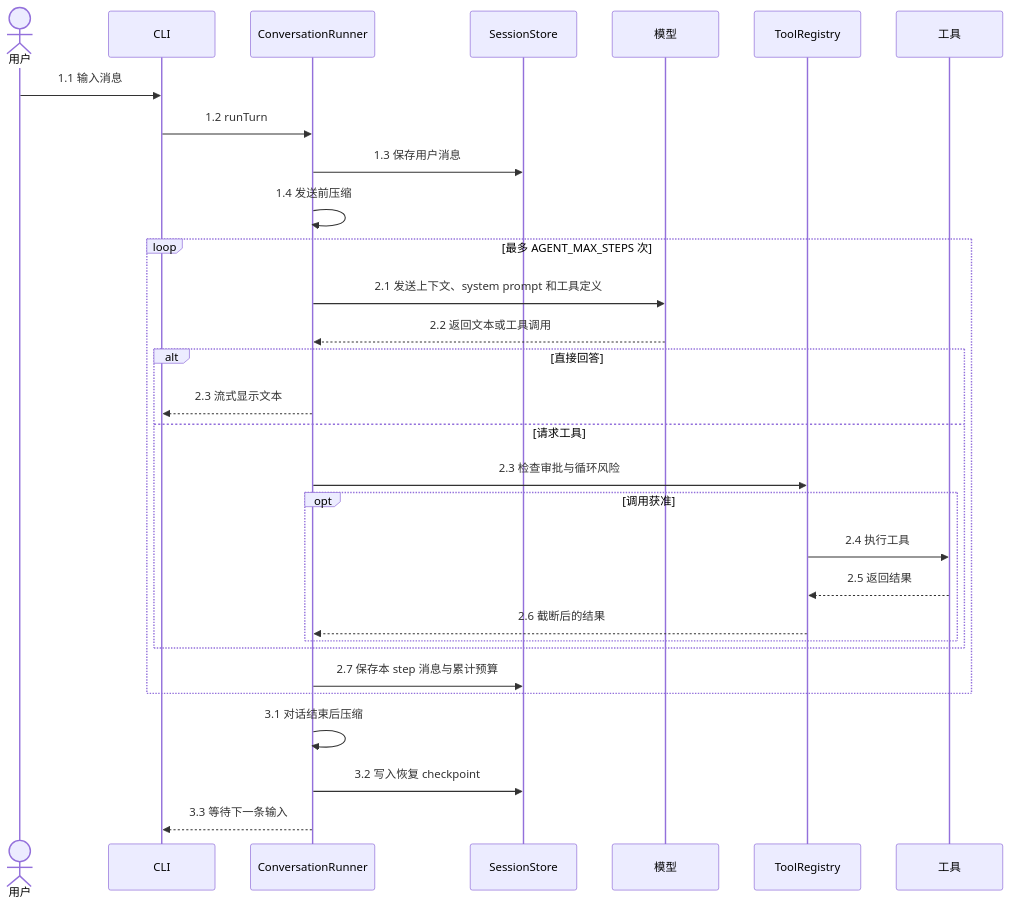
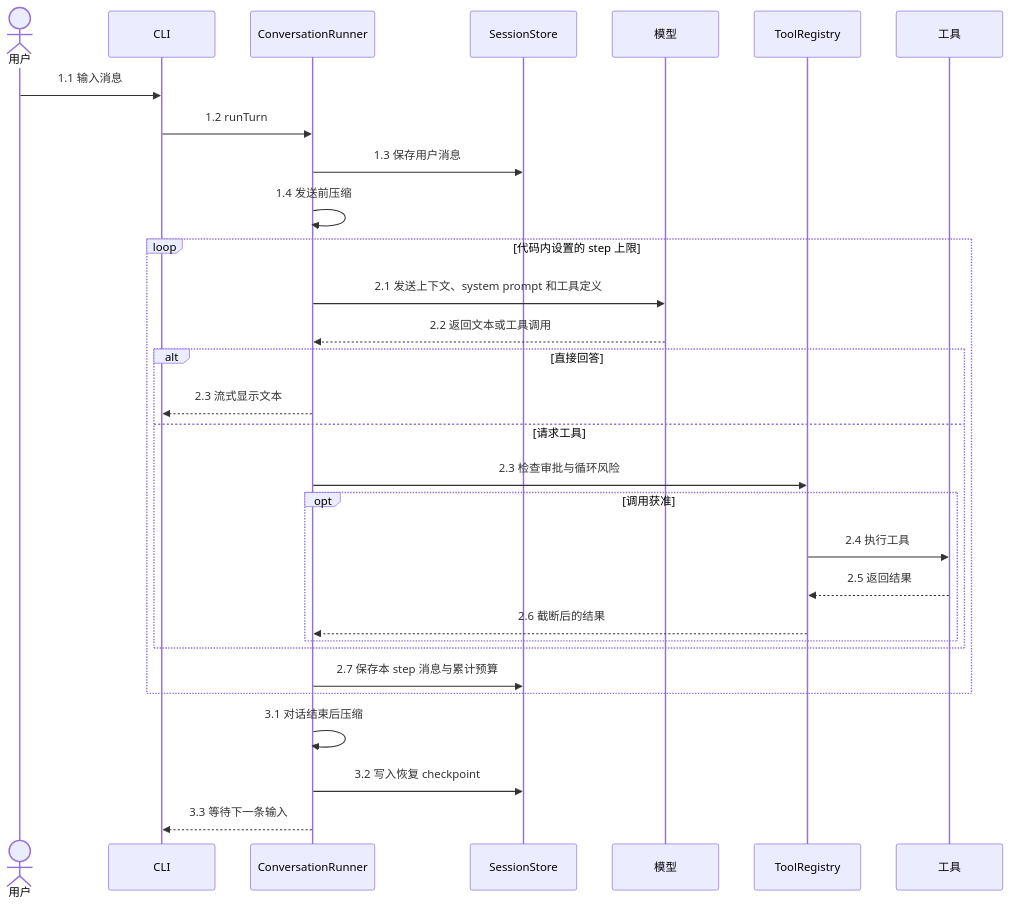
The second of 6 diagrams in README.md (caosiwei97/super-agent), drawn with Mermaid before and after one commit. The commit also changed other lines of this file and 1 other file, not shown here.

````diff
--- a/README.md
+++ b/README.md
@@ -63,35 +63,35 @@
 ```mermaid
 sequenceDiagram
     actor U as 用户
     participant C as CLI
     participant R as ConversationRunner
     participant S as SessionStore
     participant M as 模型
     participant G as ToolRegistry
     participant T as 工具
 
     U->>C: 1.1 输入消息
     C->>R: 1.2 runTurn
     R->>S: 1.3 保存用户消息
     R->>R: 1.4 发送前压缩
 
-    loop 最多 AGENT_MAX_STEPS 次
+    loop 代码内设置的 step 上限
         R->>M: 2.1 发送上下文、system prompt 和工具定义
         M-->>R: 2.2 返回文本或工具调用
         alt 直接回答
             R-->>C: 2.3 流式显示文本
         else 请求工具
             R->>G: 2.3 检查审批与循环风险
             opt 调用获准
                 G->>T: 2.4 执行工具
                 T-->>G: 2.5 返回结果
                 G-->>R: 2.6 截断后的结果
             end
         end
         R->>S: 2.7 保存本 step 消息与累计预算
     end
 
     R->>R: 3.1 对话结束后压缩
     R->>S: 3.2 写入恢复 checkpoint
     R-->>C: 3.3 等待下一条输入
 ```
````
